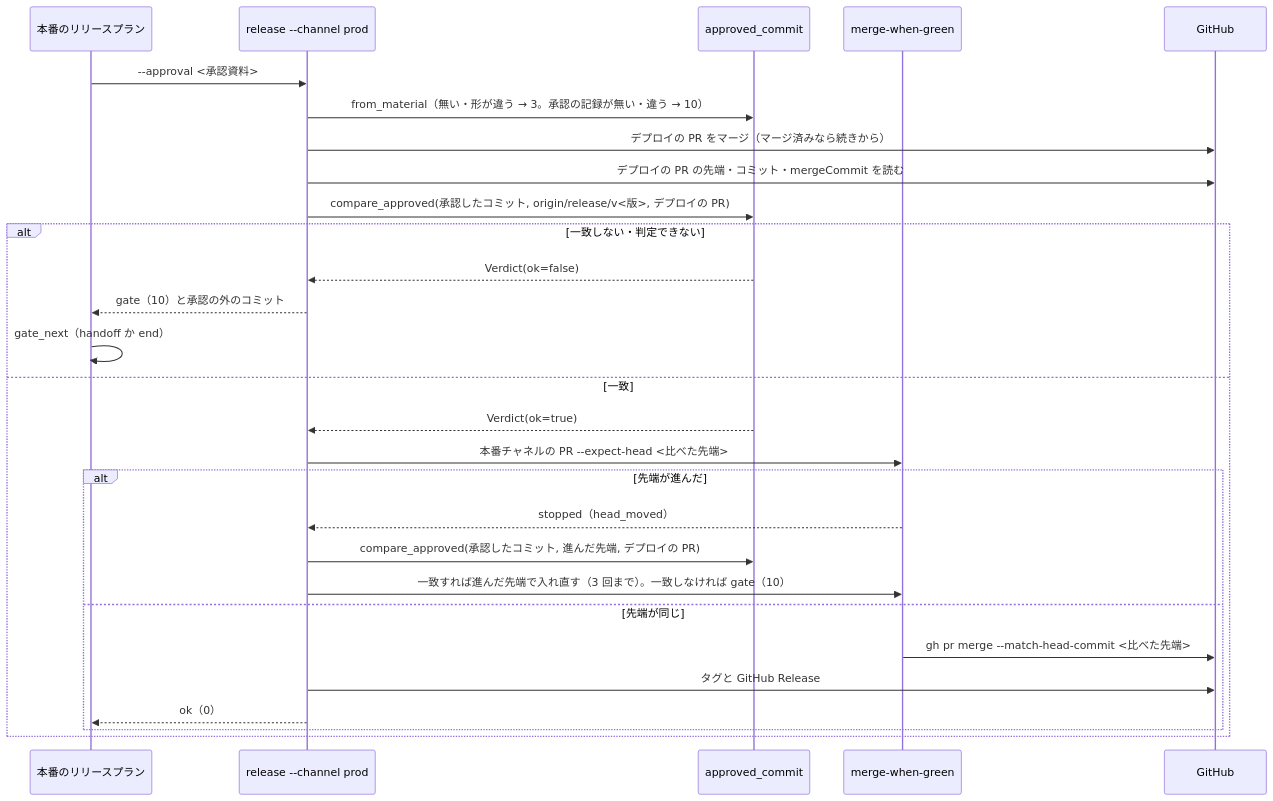
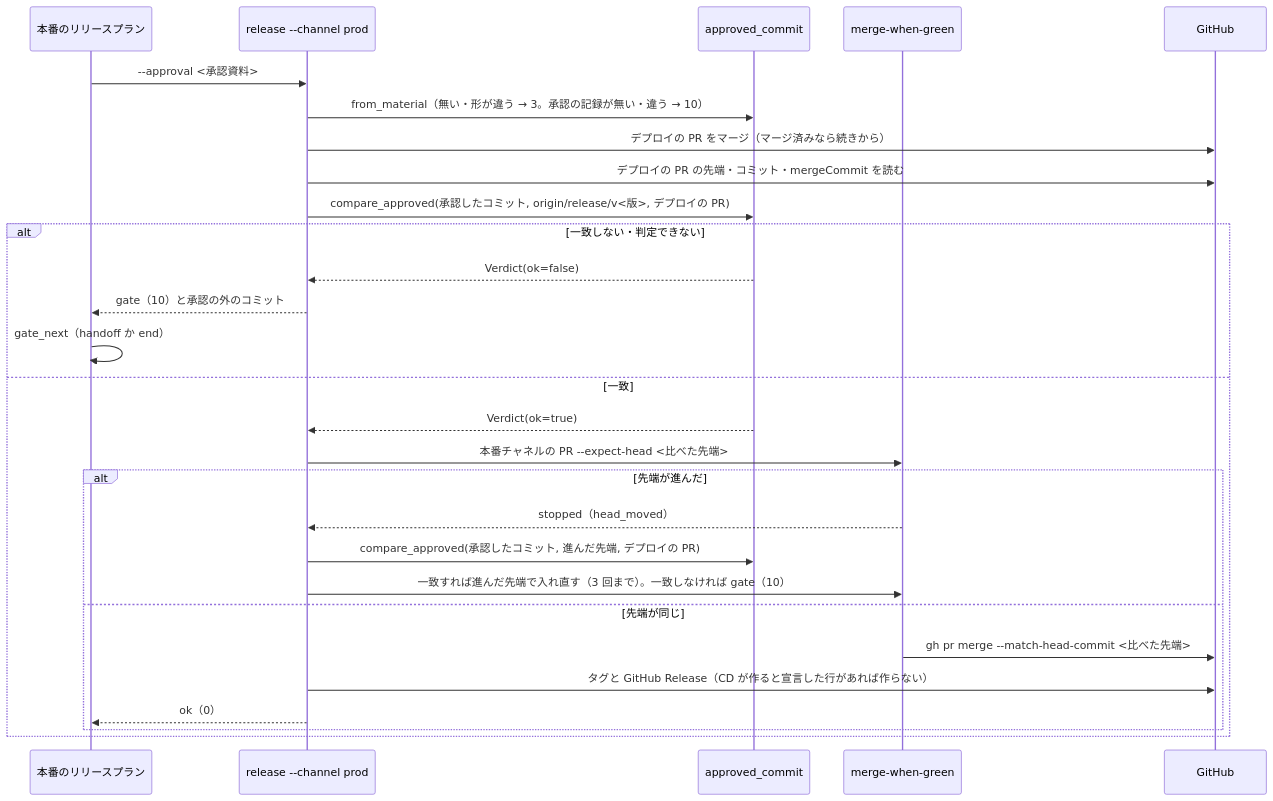
One commit to devbasex/ai-plugins changed the first of 2 diagrams in docs/specifications/ndf-release-approved-commit.md. Above: the diagram before and after it, drawn with Mermaid. The commit also changed other lines of this file and 19 other files, not shown here.

````diff
--- a/docs/specifications/ndf-release-approved-commit.md
+++ b/docs/specifications/ndf-release-approved-commit.md
@@ -134,30 +134,30 @@
 ```mermaid
 sequenceDiagram
   participant P as 本番のリリースプラン
   participant R as release --channel prod
   participant A as approved_commit
   participant M as merge-when-green
   participant G as GitHub
   P->>R: --approval <承認資料>
   R->>A: from_material（無い・形が違う → 3。承認の記録が無い・違う → 10）
   R->>G: デプロイの PR をマージ（マージ済みなら続きから）
   R->>G: デプロイの PR の先端・コミット・mergeCommit を読む
   R->>A: compare_approved(承認したコミット, origin/release/v<版>, デプロイの PR)
   alt 一致しない・判定できない
     A-->>R: Verdict(ok=false)
     R-->>P: gate（10）と承認の外のコミット
     P->>P: gate_next（handoff か end）
   else 一致
     A-->>R: Verdict(ok=true)
     R->>M: 本番チャネルの PR --expect-head <比べた先端>
     alt 先端が進んだ
       M-->>R: stopped（head_moved）
       R->>A: compare_approved(承認したコミット, 進んだ先端, デプロイの PR)
       R->>M: 一致すれば進んだ先端で入れ直す（3 回まで）。一致しなければ gate（10）
     else 先端が同じ
       M->>G: gh pr merge --match-head-commit <比べた先端>
-      R->>G: タグと GitHub Release
+      R->>G: タグと GitHub Release（CD が作ると宣言した行があれば作らない）
       R-->>P: ok（0）
     end
   end
 ```
````
